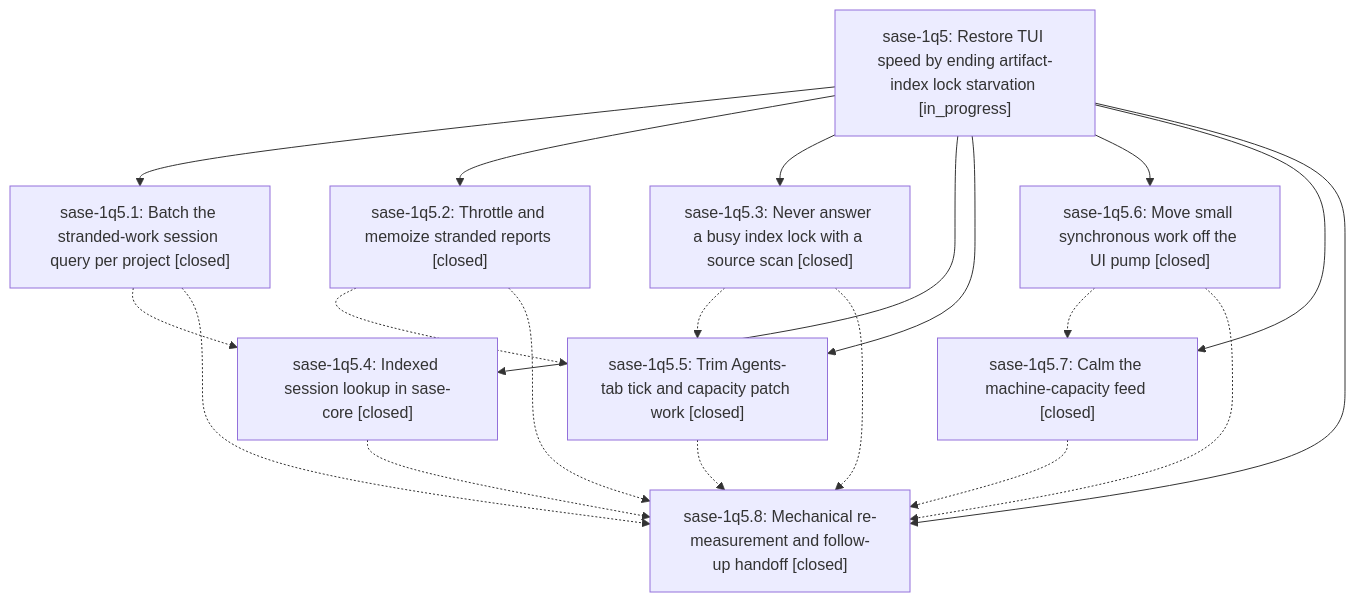
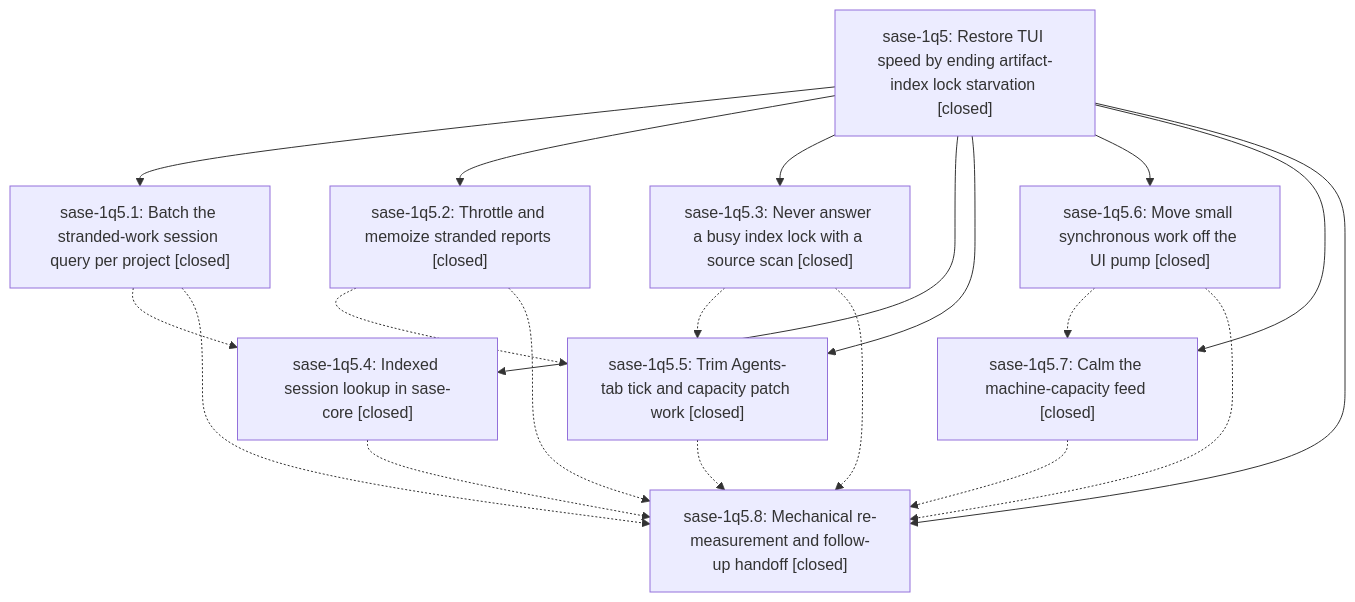
One commit to sase-org/sase--beads changed the diagram in pages/sase-1q5/README.md. Above: the diagram before and after it, drawn with Mermaid. The commit also changed other lines of this file and 1 other file, not shown here.

First line of the commit message:
chore(beads): sync bead state and pages for sase-1q5

````diff
--- a/pages/sase-1q5/README.md
+++ b/pages/sase-1q5/README.md
@@ -43,31 +61,31 @@
 ```mermaid
 flowchart TD
-    n0["sase-1q5: Restore TUI speed by ending artifact-index lock starvation [in_progress]"]
+    n0["sase-1q5: Restore TUI speed by ending artifact-index lock starvation [closed]"]
     n1["sase-1q5.1: Batch the stranded-work session query per project [closed]"]
     n2["sase-1q5.2: Throttle and memoize stranded reports [closed]"]
     n3["sase-1q5.3: Never answer a busy index lock with a source scan [closed]"]
     n4["sase-1q5.4: Indexed session lookup in sase-core [closed]"]
     n5["sase-1q5.5: Trim Agents-tab tick and capacity patch work [closed]"]
     n6["sase-1q5.6: Move small synchronous work off the UI pump [closed]"]
     n7["sase-1q5.7: Calm the machine-capacity feed [closed]"]
     n8["sase-1q5.8: Mechanical re-measurement and follow-up handoff [closed]"]
     n0 --> n1
     n0 --> n2
     n0 --> n3
     n0 --> n4
     n0 --> n5
     n0 --> n6
     n0 --> n7
     n0 --> n8
     n1 -.-> n4
     n1 -.-> n8
     n2 -.-> n5
     n2 -.-> n8
     n3 -.-> n5
     n3 -.-> n8
     n4 -.-> n8
     n5 -.-> n8
     n6 -.-> n7
     n6 -.-> n8
     n7 -.-> n8
 ```
````
